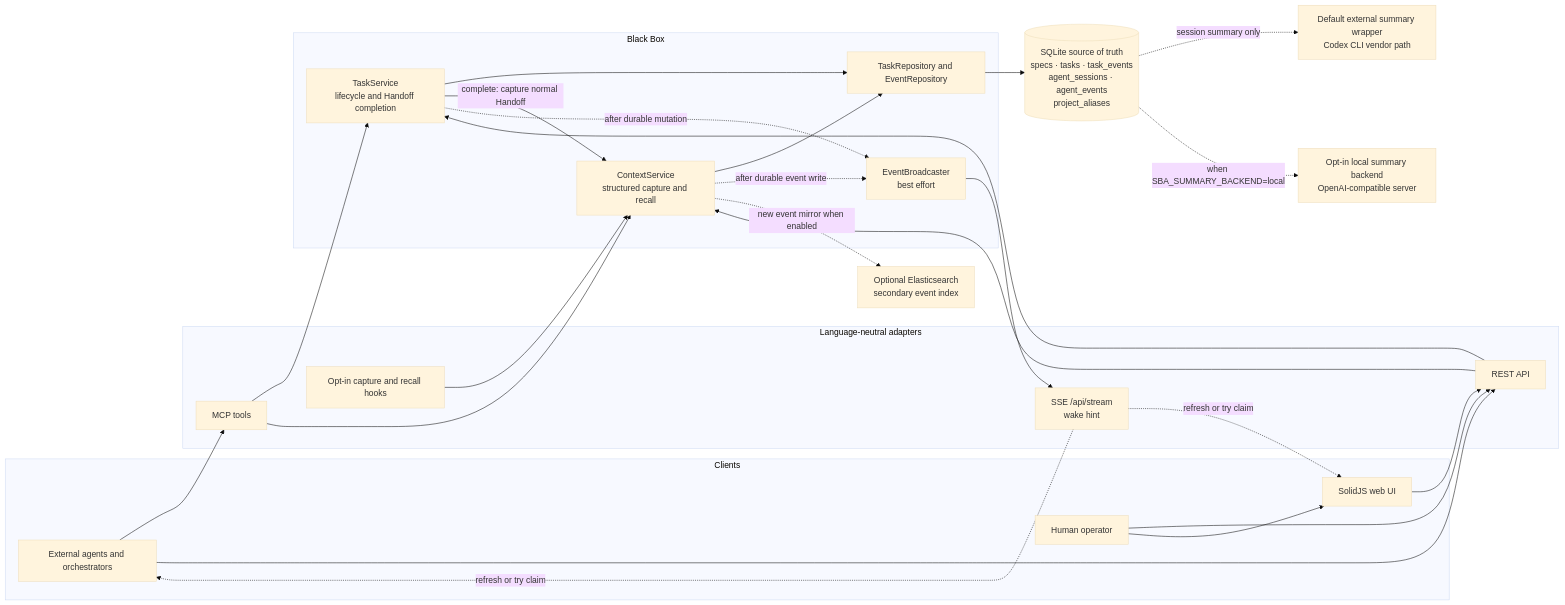
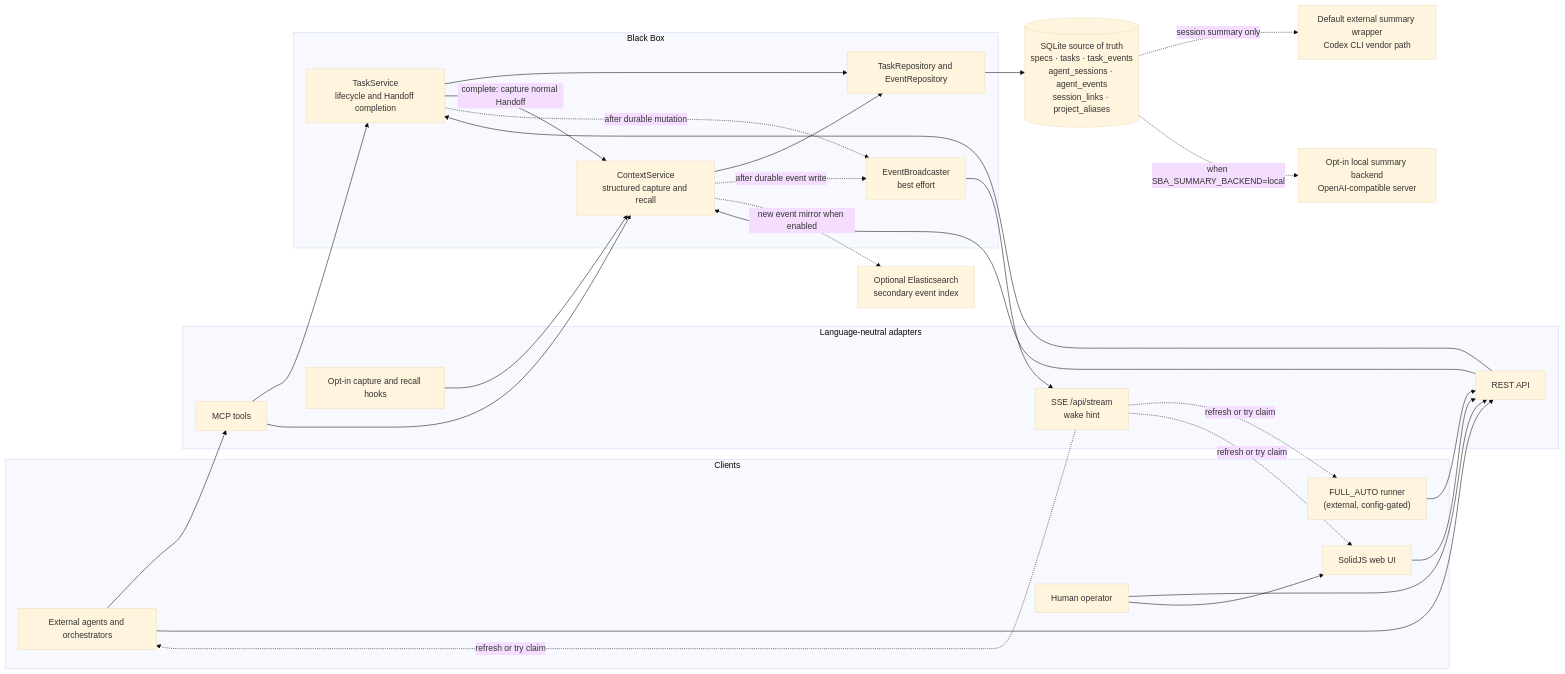
One commit to nathanmauro/black-box changed the first of 2 diagrams in docs/architecture.md. Above: the diagram before and after it, drawn with Mermaid (base theme). The commit also changed other lines of this file and 114 other files, not shown here.

First line of the commit message:
FULL_AUTO board-driven runner: story gate, live board, tendril, DAG (#18)

````diff
--- a/docs/architecture.md
+++ b/docs/architecture.md
@@ -19,45 +19,47 @@
 ```mermaid
 flowchart LR
     subgraph Clients["Clients"]
         AGENTS["External agents and orchestrators"]
+        RUNNER["FULL_AUTO runner<br/>(external, config-gated)"]
         HUMAN["Human operator"]
         UI["SolidJS web UI"]
     end
 
     subgraph Adapters["Language-neutral adapters"]
         MCP["MCP tools"]
         REST["REST API"]
         HOOK["Opt-in capture and recall hooks"]
         STREAM["SSE /api/stream<br/>wake hint"]
     end
 
     subgraph Core["Black Box"]
         TASK["TaskService<br/>lifecycle and Handoff completion"]
         CONTEXT["ContextService<br/>structured capture and recall"]
         REPO["TaskRepository and EventRepository"]
         BROADCAST["EventBroadcaster<br/>best effort"]
     end
 
-    DB[("SQLite source of truth<br/>specs · tasks · task_events<br/>agent_sessions · agent_events<br/>project_aliases")]
+    DB[("SQLite source of truth<br/>specs · tasks · task_events<br/>agent_sessions · agent_events<br/>session_links · project_aliases")]
     ES["Optional Elasticsearch<br/>secondary event index"]
     EXTERNAL["Default external summary wrapper<br/>Codex CLI vendor path"]
     LOCAL["Opt-in local summary backend<br/>OpenAI-compatible server"]
 
     AGENTS --> MCP & REST
+    RUNNER --> REST
     HUMAN --> REST & UI
     UI --> REST
     HOOK --> CONTEXT
     MCP --> TASK & CONTEXT
     REST --> TASK & CONTEXT
     TASK --> REPO
     TASK -->|"complete: capture normal Handoff"| CONTEXT
     CONTEXT --> REPO
     REPO --> DB
     TASK -. "after durable mutation" .-> BROADCAST
     CONTEXT -. "after durable event write" .-> BROADCAST
     BROADCAST --> STREAM
-    STREAM -. "refresh or try claim" .-> AGENTS & UI
+    STREAM -. "refresh or try claim" .-> AGENTS & RUNNER & UI
     CONTEXT -. "new event mirror when enabled" .-> ES
     DB -. "session summary only" .-> EXTERNAL
     DB -. "when SBA_SUMMARY_BACKEND=local" .-> LOCAL
 ```
````
